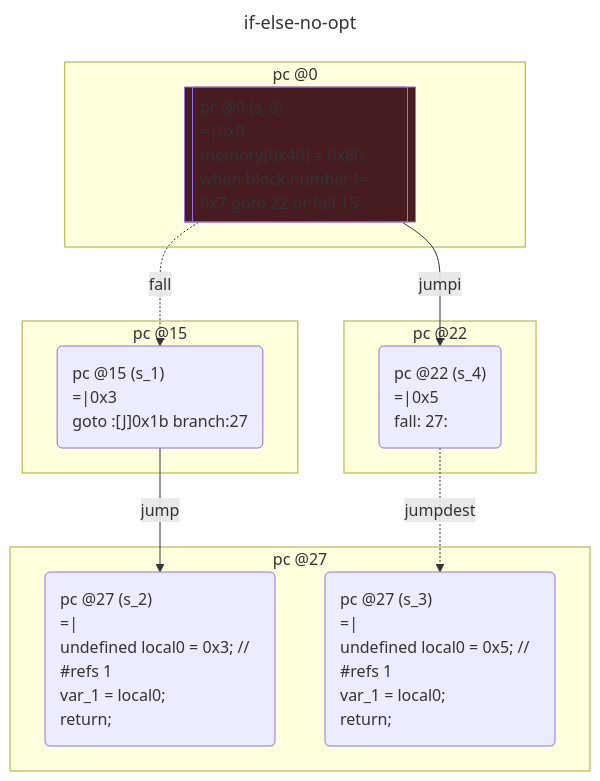
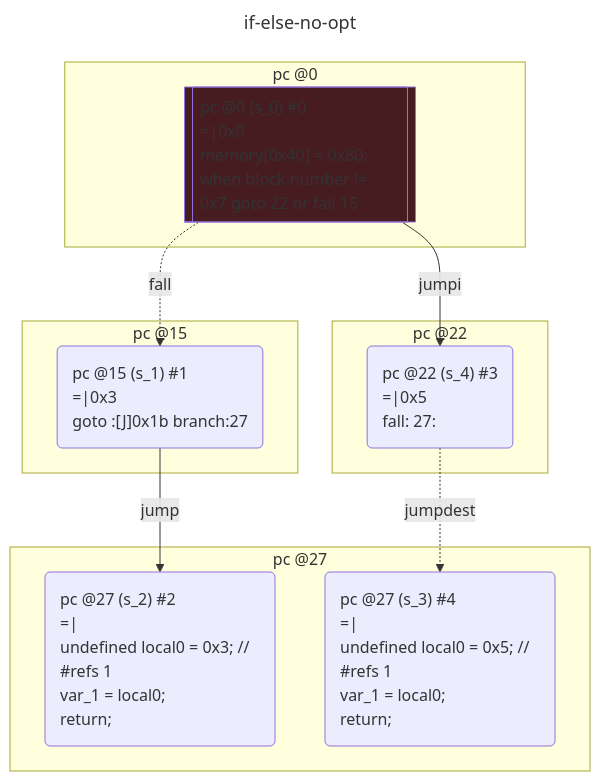
The first of 2 diagrams in test/__snapshots__/contracts/control/if-else.snap.md (acuarica/evm), drawn with Mermaid before and after one commit. The commit also changed other lines of this file and 18 other files, not shown here.

````diff
--- a/test/__snapshots__/contracts/control/if-else.snap.md
+++ b/test/__snapshots__/contracts/control/if-else.snap.md
@@ -45,51 +45,51 @@
 ```mermaid -no-opt
 ---
 title: if-else-no-opt
 ---
 flowchart TD
   classDef state text-align:left
   subgraph cluster_0 ["pc @0"]
-    s_0[["pc @0 (s_0)
+    s_0[["pc @0 (s_0) #0
 =|0x0
 memory[0x40] = 0x80;
 when block.number != 0x7 goto 22 or fall 15
 "]]
     class s_0 state
     style s_0 fill:#471C21
   end
   subgraph cluster_15 ["pc @15"]
-    s_1("pc @15 (s_1)
+    s_1("pc @15 (s_1) #1
 =|0x3
 goto :[J]0x1b branch:27
 ")
     class s_1 state
   end
   subgraph cluster_27 ["pc @27"]
-    s_2("pc @27 (s_2)
+    s_2("pc @27 (s_2) #2
 =|
 undefined local0 = 0x3; // #refs 1
 var_1 = local0;
 return;
 ")
     class s_2 state
-    s_3("pc @27 (s_3)
+    s_3("pc @27 (s_3) #4
 =|
 undefined local0 = 0x5; // #refs 1
 var_1 = local0;
 return;
 ")
     class s_3 state
   end
   subgraph cluster_22 ["pc @22"]
-    s_4("pc @22 (s_4)
+    s_4("pc @22 (s_4) #3
 =|0x5
 fall: 27:
 ")
     class s_4 state
   end
   s_0 -- jumpi --> s_4;
   s_0 -. fall .-> s_1;
   s_1 -- jump --> s_2;
   s_4 -. jumpdest .-> s_3;
 
 ```
````
